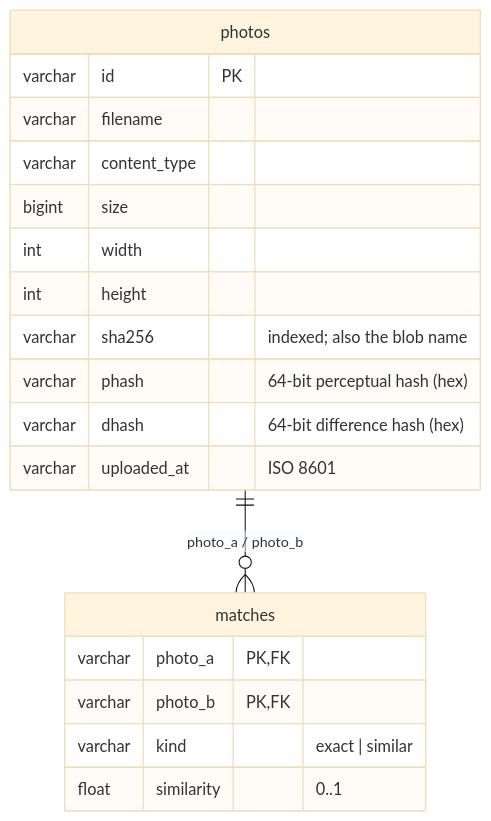
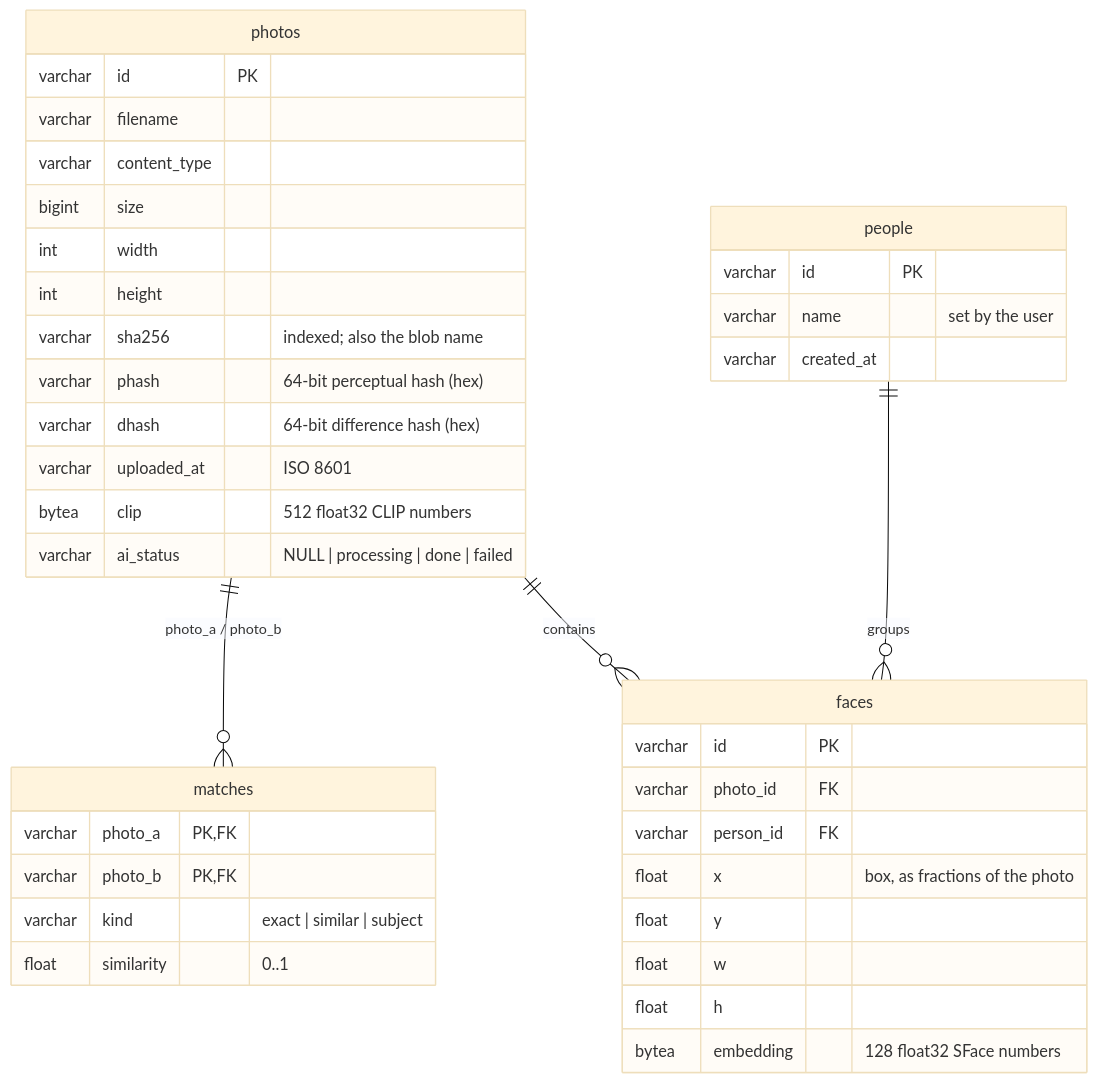
The third of 4 diagrams in docs/technical-design-document.md (Arnav-Dugad/imagevault-ai), drawn with Mermaid (base theme) before and after one commit. The commit also changed other lines of this file and 36 other files, not shown here.

First line of the commit message:
Add free AI recognition: people, smart search, same subject (#8)

````diff
--- a/docs/technical-design-document.md
+++ b/docs/technical-design-document.md
@@ -154,22 +165,41 @@
 ```mermaid
 erDiagram
     photos ||--o{ matches : "photo_a / photo_b"
+    photos ||--o{ faces : "contains"
+    people ||--o{ faces : "groups"
     photos {
         varchar id PK
         varchar filename
         varchar content_type
         bigint size
         int width
         int height
         varchar sha256 "indexed; also the blob name"
         varchar phash "64-bit perceptual hash (hex)"
         varchar dhash "64-bit difference hash (hex)"
         varchar uploaded_at "ISO 8601"
+        bytea clip "512 float32 CLIP numbers"
+        varchar ai_status "NULL | processing | done | failed"
     }
     matches {
         varchar photo_a PK, FK
         varchar photo_b PK, FK
-        varchar kind "exact | similar"
+        varchar kind "exact | similar | subject"
         float similarity "0..1"
     }
+    faces {
+        varchar id PK
+        varchar photo_id FK
+        varchar person_id FK
+        float x "box, as fractions of the photo"
+        float y
+        float w
+        float h
+        bytea embedding "128 float32 SFace numbers"
+    }
+    people {
+        varchar id PK
+        varchar name "set by the user"
+        varchar created_at
+    }
 ```
````
